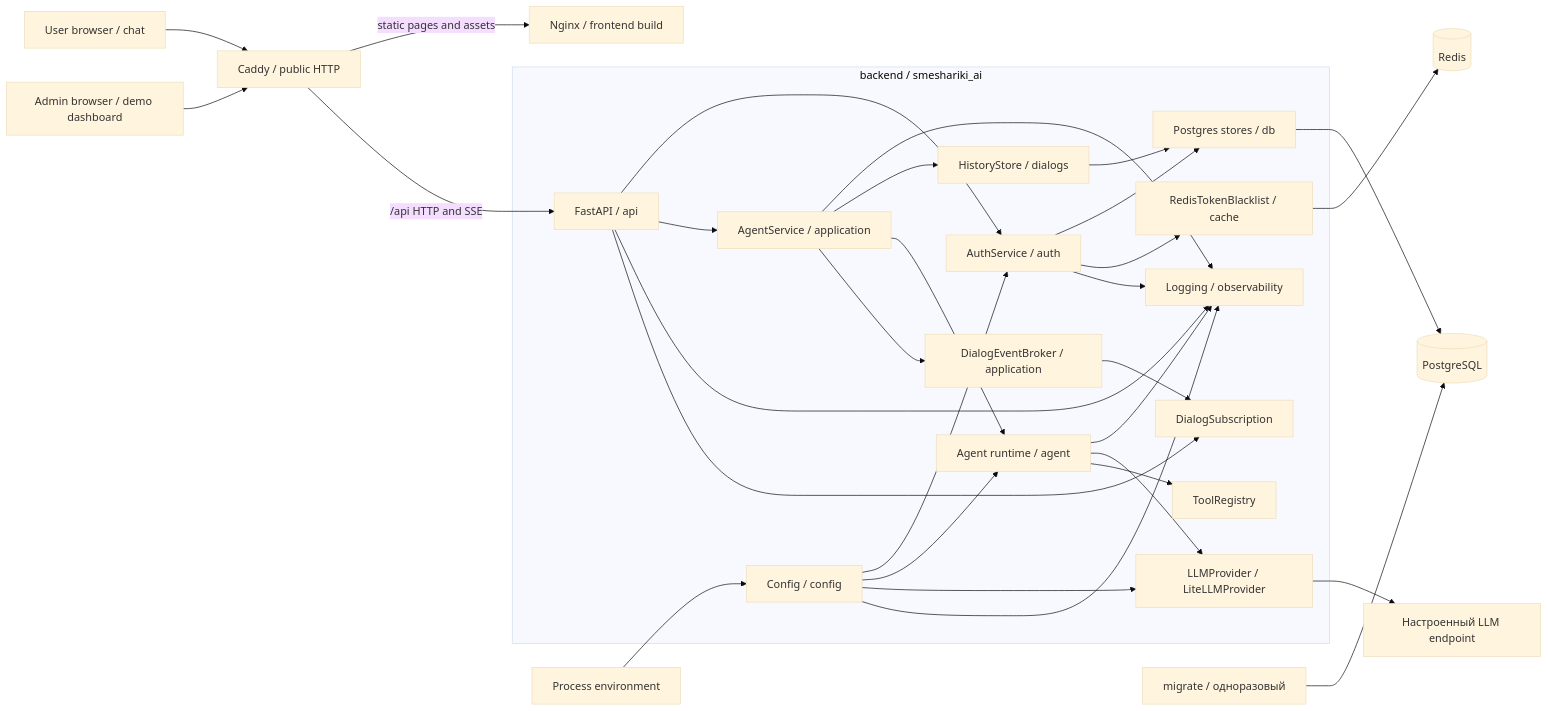
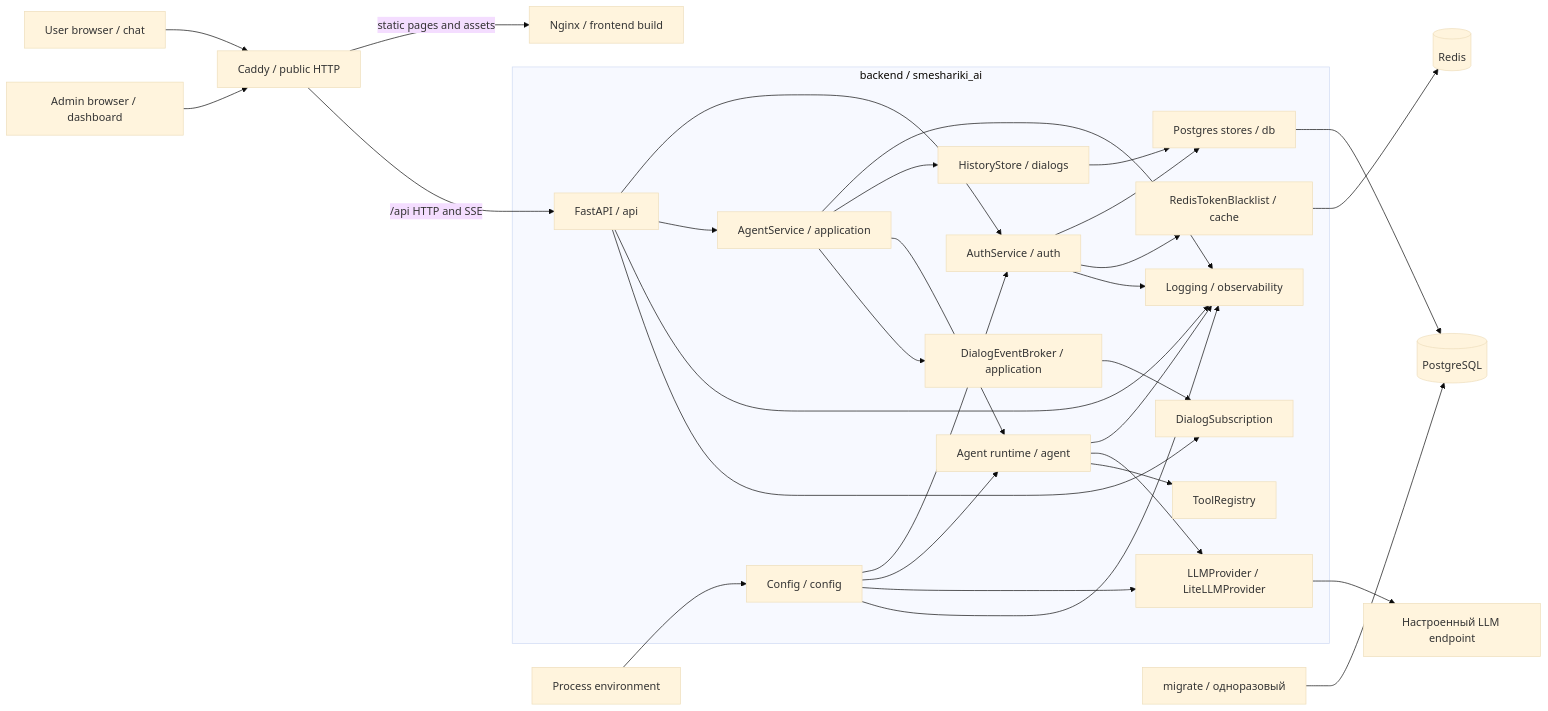
One commit to Nisakoo/BMSTU-NIRS changed the diagram in docs/README.md. Above: the diagram before and after it, drawn with Mermaid (base theme). The commit also changed other lines of this file and 103 other files, not shown here.

````diff
--- a/docs/README.md
+++ b/docs/README.md
@@ -49,62 +48,62 @@
 ```mermaid
 flowchart LR
     UserBrowser[User browser / chat]
-    AdminBrowser[Admin browser / demo dashboard]
+    AdminBrowser[Admin browser / dashboard]
 
     Caddy[Caddy / public HTTP]
     Nginx[Nginx / frontend build]
 
     subgraph Backend[backend / smeshariki_ai]
         Config[Config / config]
         Logging[Logging / observability]
         API[FastAPI / api]
         Service[AgentService / application]
         Broker[DialogEventBroker / application]
         Subscription[DialogSubscription]
         History[HistoryStore / dialogs]
         Agent[Agent runtime / agent]
         LLM[LLMProvider / LiteLLMProvider]
         Tools[ToolRegistry]
         Auth[AuthService / auth]
         DbStores[Postgres stores / db]
         Blacklist[RedisTokenBlacklist / cache]
 
         API --> Auth
         Config --> Auth
         Auth --> DbStores
         Auth --> Blacklist
         Auth --> Logging
 
         API --> Service
         Config --> Agent
         Config --> LLM
         Config --> Logging
         API --> Logging
         Service --> Logging
         Agent --> Logging
         Service --> History
         History --> DbStores
         Service --> Agent
         Service --> Broker
         Broker --> Subscription
         API --> Subscription
         Agent --> LLM
         Agent --> Tools
     end
 
     Model[Настроенный LLM endpoint]
     Postgres[(PostgreSQL)]
     Redis[(Redis)]
     Migrate[migrate / одноразовый]
     Environment[Process environment]
 
     UserBrowser --> Caddy
     AdminBrowser --> Caddy
     Caddy -->|static pages and assets| Nginx
     Caddy -->|/api HTTP and SSE| API
     Environment --> Config
     LLM --> Model
     DbStores --> Postgres
     Blacklist --> Redis
     Migrate --> Postgres
 ```
````
